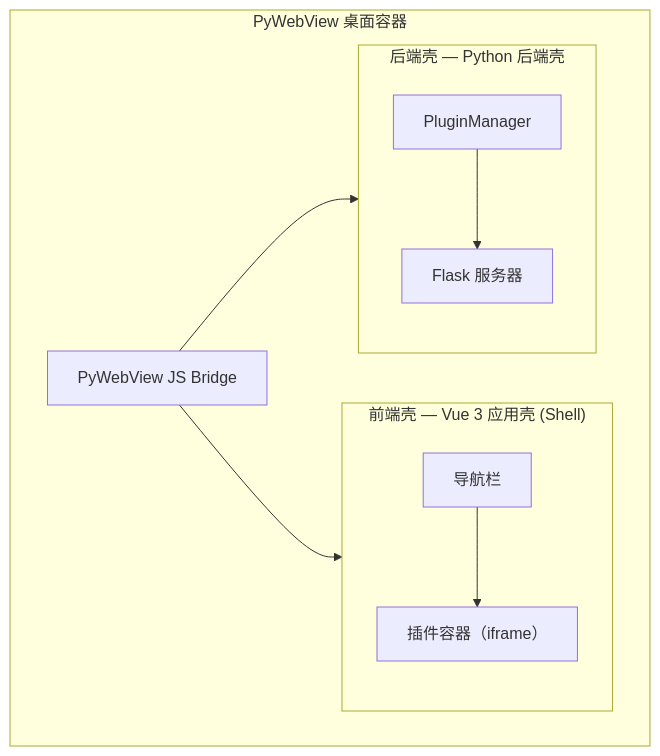
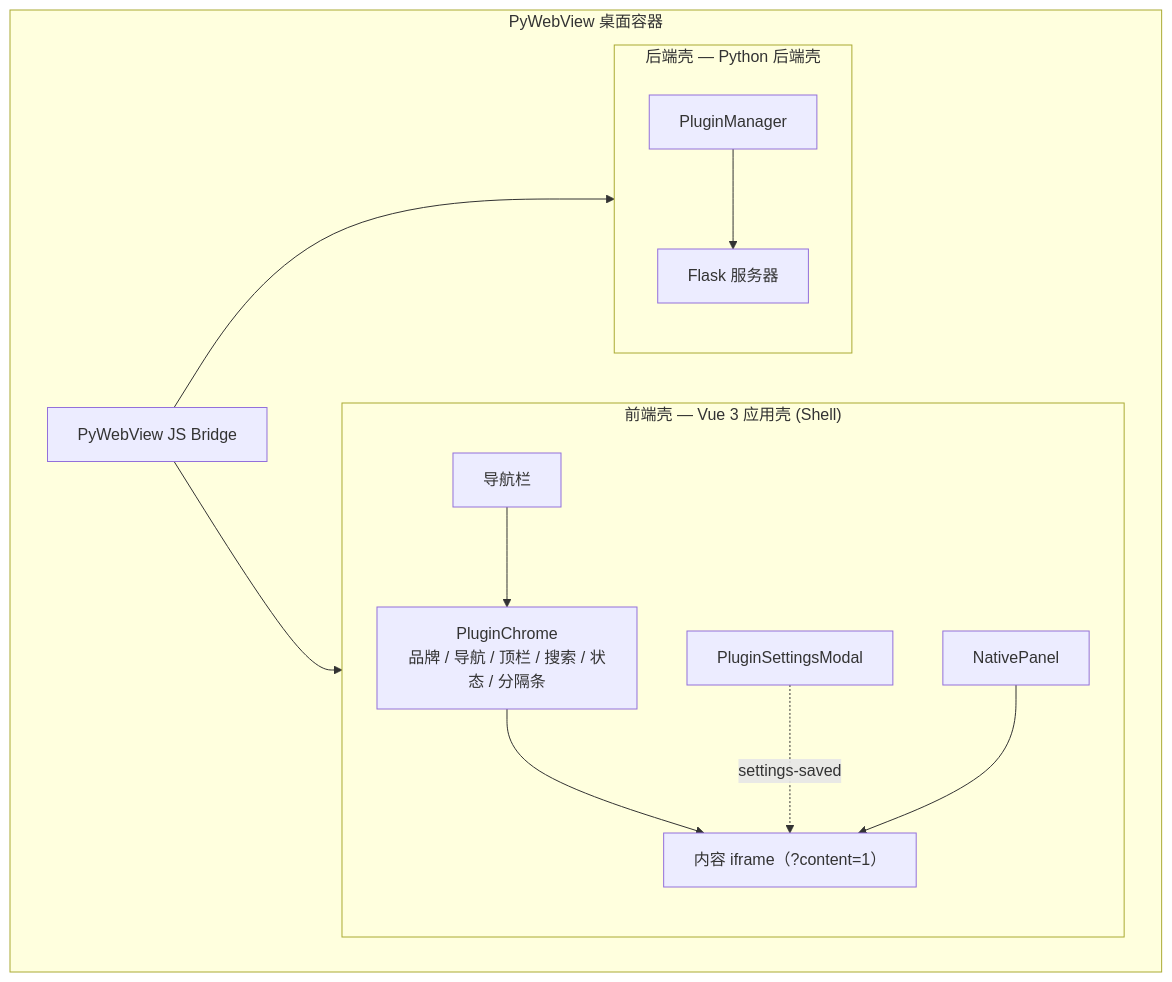
The diagram in docs/development.md (Flotiarenor/OmniBox), drawn with Mermaid before and after one commit. The commit also changed other lines of this file and 7 other files, not shown here.

````diff
--- a/docs/development.md
+++ b/docs/development.md
@@ -28,19 +28,25 @@
 ```mermaid
 graph TB
     subgraph Container["PyWebView 桌面容器"]
         subgraph Shell["前端壳 — Vue 3 应用壳 (Shell)"]
             Nav["导航栏"]
-            Iframe["插件容器（iframe）"]
+            Chrome["PluginChrome<br/>品牌 / 导航 / 顶栏 / 搜索 / 状态 / 分隔条"]
+            Iframe["内容 iframe（?content=1）"]
+            Settings["PluginSettingsModal"]
+            Native["NativePanel"]
         end
         Bridge["PyWebView JS Bridge"]
         subgraph Backend["后端壳 — Python 后端壳"]
             PM["PluginManager"]
             Flask["Flask 服务器"]
         end
     end
 
-    Nav --> Iframe
+    Nav --> Chrome
+    Chrome --> Iframe
+    Settings -. "settings-saved" .-> Iframe
+    Native --> Iframe
     Bridge --> Shell
     Bridge --> Backend
     PM --> Flask
 ```
````
